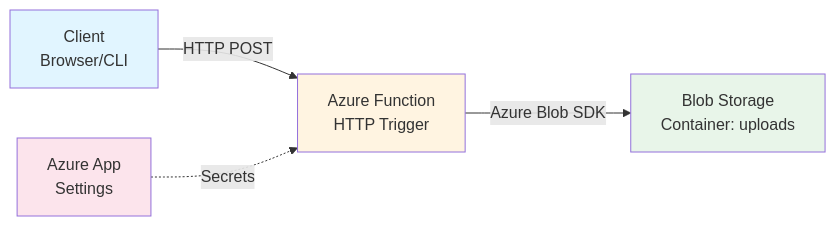
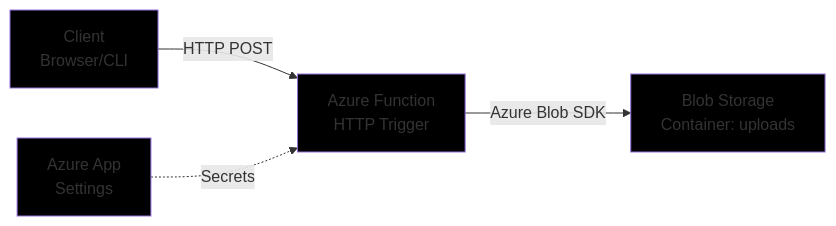
One commit to priyanshurai5432-droid/azure-file-uploader changed the diagram in README.md. Above: the diagram before and after it, drawn with Mermaid.

````diff
--- a/README.md
+++ b/README.md
@@ -60,11 +60,11 @@
 ```mermaid
 graph LR
     A[Client<br/>Browser/CLI] -->|HTTP POST| B[Azure Function<br/>HTTP Trigger]
     B -->|Azure Blob SDK| C[Blob Storage<br/>Container: uploads]
     D[Azure App<br/>Settings] -.->|Secrets| B
     
-    style A fill:#e1f5ff
-    style B fill:#fff4e1
-    style C fill:#e8f5e9
-    style D fill:#fce4ec
+    style A fill:#000000
+    style B fill:#000000
+    style C fill:#000000
+    style D fill:#000000
 ```
````
